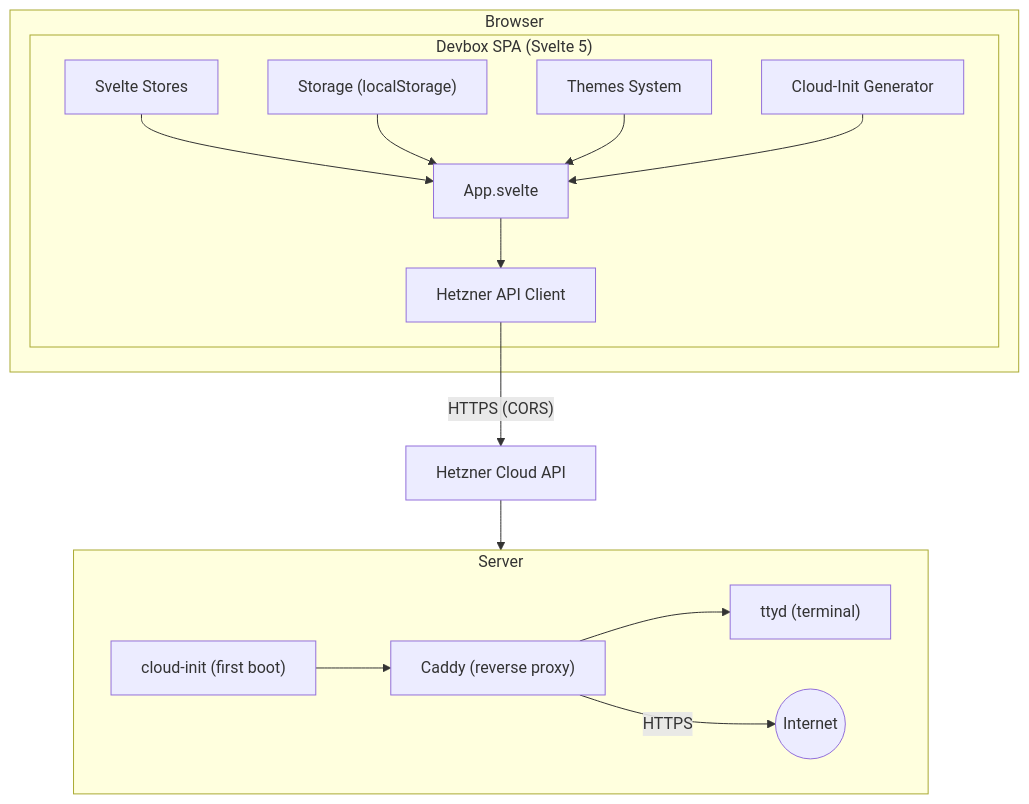
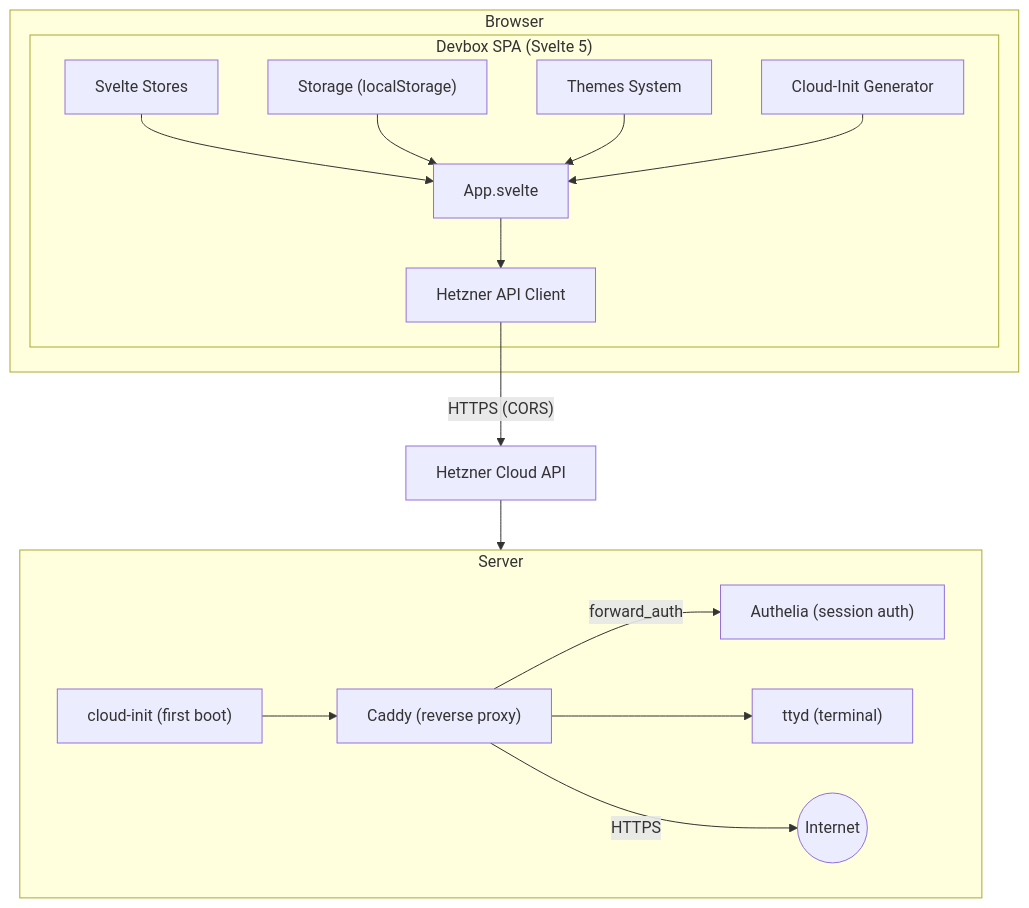
Before and after one commit to HenkVanMaanen/devbox: the first of 5 diagrams in docs/architecture.md, drawn with Mermaid. The commit also changed other lines of this file and 32 other files, not shown here.

First line of the commit message:
feat: replace basic auth with Authelia forward auth

````diff
--- a/docs/architecture.md
+++ b/docs/architecture.md
@@ -7,23 +7,24 @@
 ```mermaid
 flowchart TB
     subgraph Browser
         subgraph SPA["Devbox SPA (Svelte 5)"]
             Stores["Svelte Stores"]
             Storage["Storage (localStorage)"]
             Themes["Themes System"]
             CloudInit["Cloud-Init Generator"]
             Stores & Storage & Themes & CloudInit --> App["App.svelte"]
             App --> Hetzner["Hetzner API Client"]
         end
     end
 
     Hetzner -->|"HTTPS (CORS)"| API["Hetzner Cloud API"]
     API --> Server["Cloud Server"]
 
     subgraph Server
         Init["cloud-init (first boot)"]
         Init --> Caddy["Caddy (reverse proxy)"]
+        Caddy -->|"forward_auth"| Authelia["Authelia (session auth)"]
         Caddy --> ttyd["ttyd (terminal)"]
         Caddy -->|HTTPS| Internet((Internet))
     end
 ```
````
